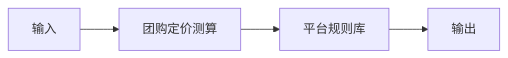
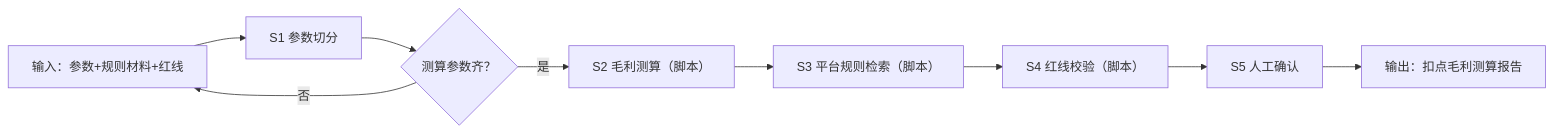
Before and after one commit to bangwozuo/groupbuy-designer-zh: the diagram in workflows/commission-margin-calc-flow/SKILL.md, drawn with Mermaid. The commit also changed other lines of this file and 76 other files, not shown here.

````diff
--- a/workflows/commission-margin-calc-flow/SKILL.md
+++ b/workflows/commission-margin-calc-flow/SKILL.md
@@ -27,10 +35,11 @@
 ```mermaid
 flowchart LR
-    IN["输入"]
-    S1["团购定价测算"]
-    S2["平台规则库"]
-    OUT["输出"]
-    IN --> S1
-    S1 --> S2
-    S2 --> OUT
+    IN["输入：参数+规则材料+红线"] --> S1["S1 参数切分"]
+    S1 --> Q1{"测算参数齐？"}
+    Q1 -- 否 --> IN
+    Q1 -- 是 --> S2["S2 毛利测算（脚本）"]
+    S2 --> S3["S3 平台规则检索（脚本）"]
+    S3 --> S4["S4 红线校验（脚本）"]
+    S4 --> S5["S5 人工确认"]
+    S5 --> OUT["输出：扣点毛利测算报告"]
 ```
````
